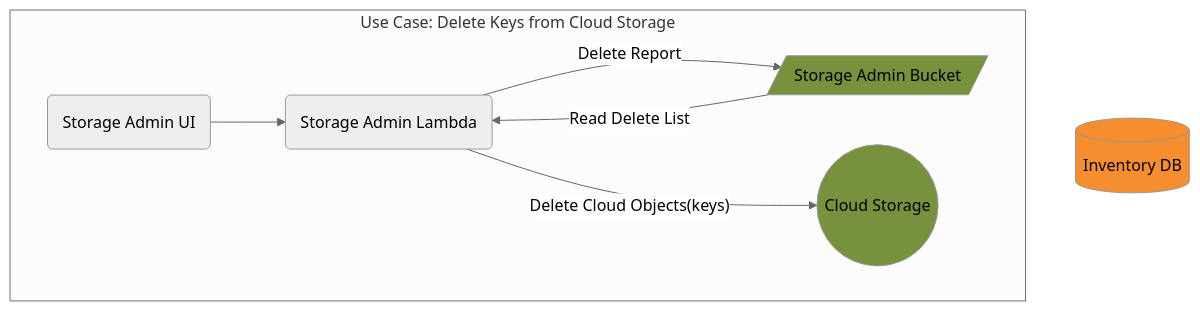
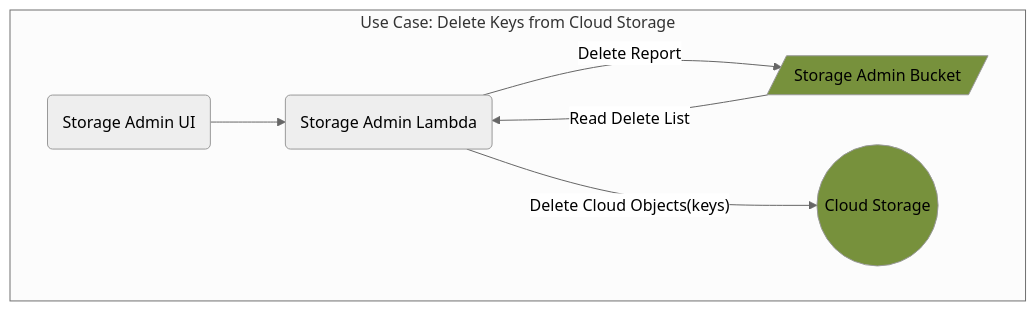
Before and after one commit to CDLUC3/mrt-doc: the diagram in diagrams/store-admin-del-node-keys.mmd, drawn with Mermaid. The commit also changed 9 other files, not shown here.

Commit message:
add store admin flows

```diff
--- a/diagrams/store-admin-del-node-keys.mmd
+++ b/diagrams/store-admin-del-node-keys.mmd
@@ -1,18 +1,16 @@
 %%{init: {'theme': 'neutral', 'securityLevel': 'loose'}}%%
 graph TD
   SAUI("Storage Admin UI")
   SA("Storage Admin Lambda")
-  RDS[(Inventory DB)]
   SABUCK[/"Storage Admin Bucket"/]
   CLOUD(("Cloud Storage"))
 
   subgraph "Use Case: Delete Keys from Cloud Storage"
     SAUI-->SA
     SABUCK-->|"Read Delete List"|SA
     SA-->|"Delete Cloud Objects(keys)"|CLOUD
     SA-->|"Delete Report"|SABUCK
   end
 
-  style RDS fill:#F68D2F
   style SABUCK fill:#77913C
   style CLOUD fill:#77913C
```
